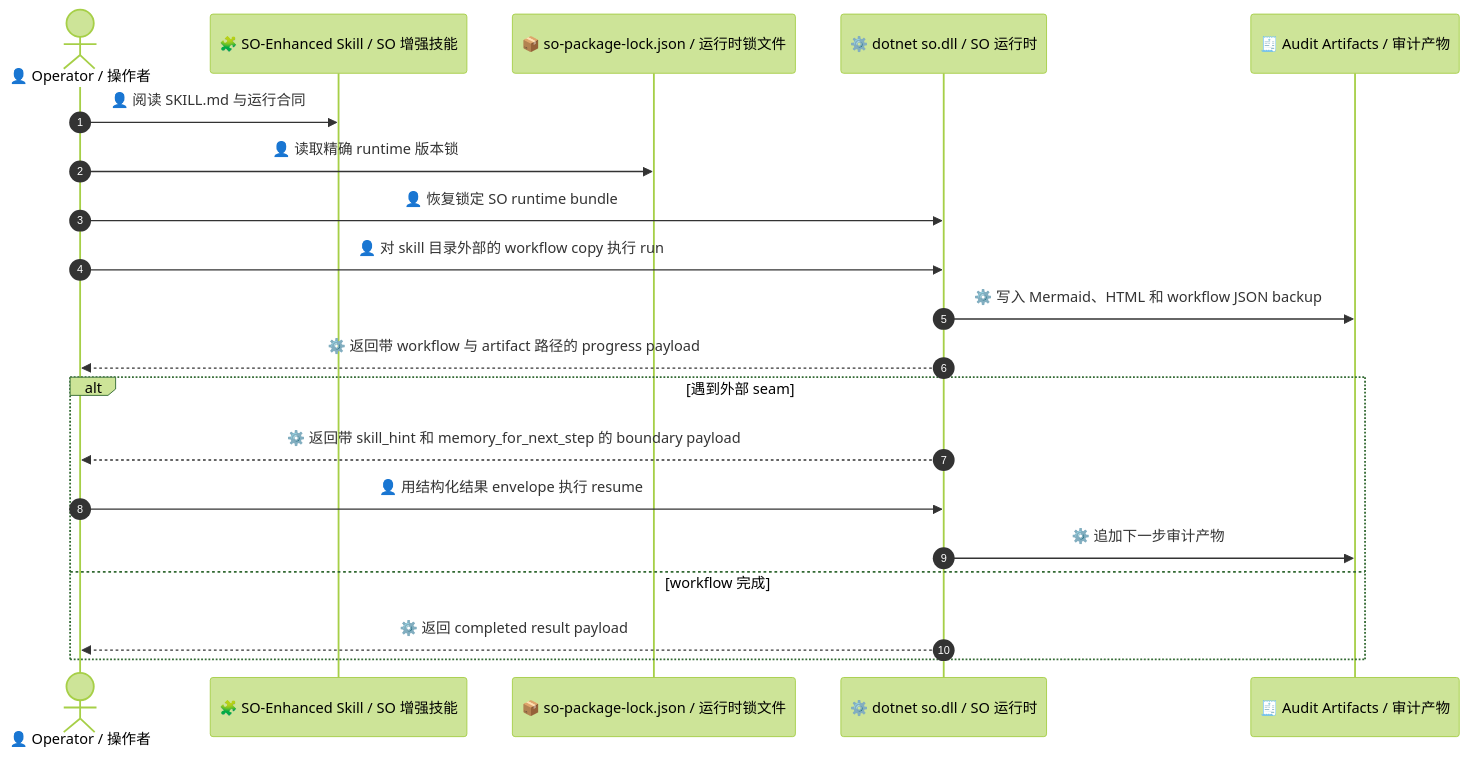
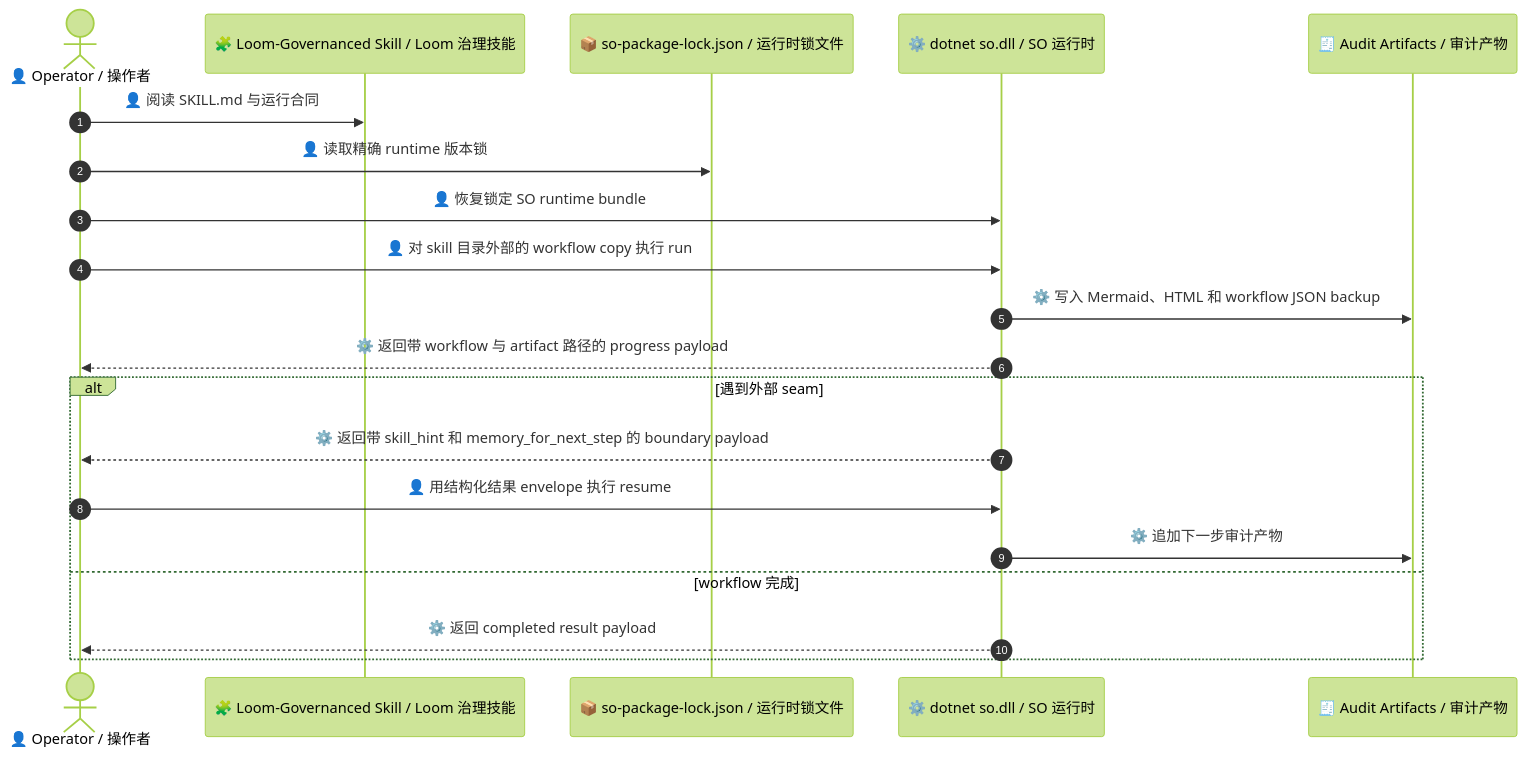
One commit to waynebaby/Techne-Loom changed the first of 2 diagrams in README.zh-CN.md. Above: the diagram before and after it, drawn with Mermaid (forest theme). The commit also changed other lines of this file and 40 other files, not shown here.

Commit message:
docs: normalize Loom-governanced terminology across docs and skill assets

````diff
--- a/README.zh-CN.md
+++ b/README.zh-CN.md
@@ -202,23 +201,23 @@
 ```mermaid
 sequenceDiagram
     autonumber
     actor Operator as 👤 Operator / 操作者
-    participant Skill as 🧩 SO-Enhanced Skill / SO 增强技能
+    participant Skill as 🧩 Loom-Governanced Skill / Loom 治理技能
     participant Lock as 📦 so-package-lock.json / 运行时锁文件
     participant Runtime as ⚙️ dotnet so.dll / SO 运行时
     participant Audit as 🧾 Audit Artifacts / 审计产物
 
     Operator->>Skill: 👤 阅读 SKILL.md 与运行合同
     Operator->>Lock: 👤 读取精确 runtime 版本锁
     Operator->>Runtime: 👤 恢复锁定 SO runtime bundle
     Operator->>Runtime: 👤 对 skill 目录外部的 workflow copy 执行 run
     Runtime->>Audit: ⚙️ 写入 Mermaid、HTML 和 workflow JSON backup
     Runtime-->>Operator: ⚙️ 返回带 workflow 与 artifact 路径的 progress payload
     alt 遇到外部 seam
         Runtime-->>Operator: ⚙️ 返回带 skill_hint 和 memory_for_next_step 的 boundary payload
         Operator->>Runtime: 👤 用结构化结果 envelope 执行 resume
         Runtime->>Audit: ⚙️ 追加下一步审计产物
     else workflow 完成
         Runtime-->>Operator: ⚙️ 返回 completed result payload
     end
 ```
````
